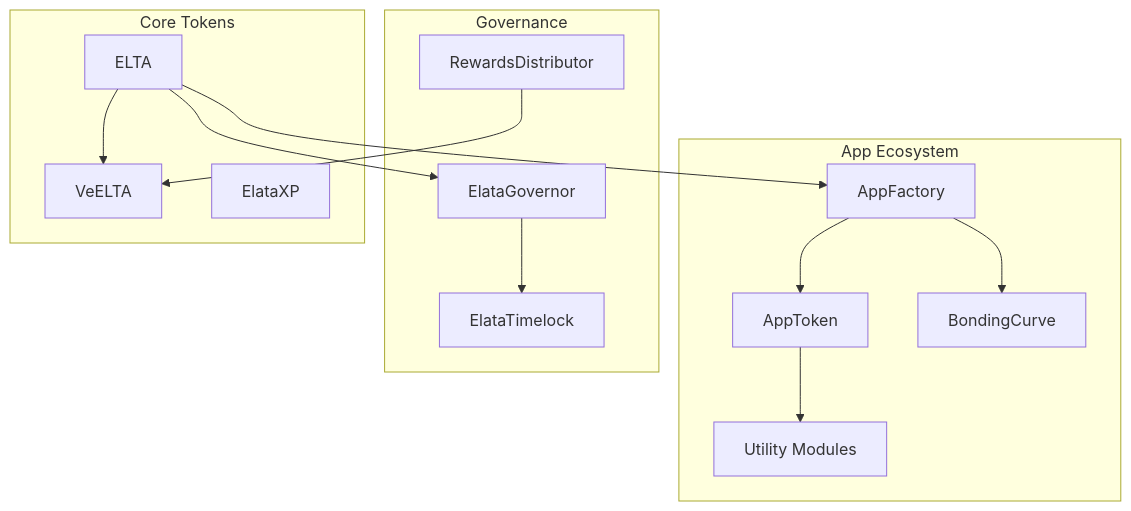
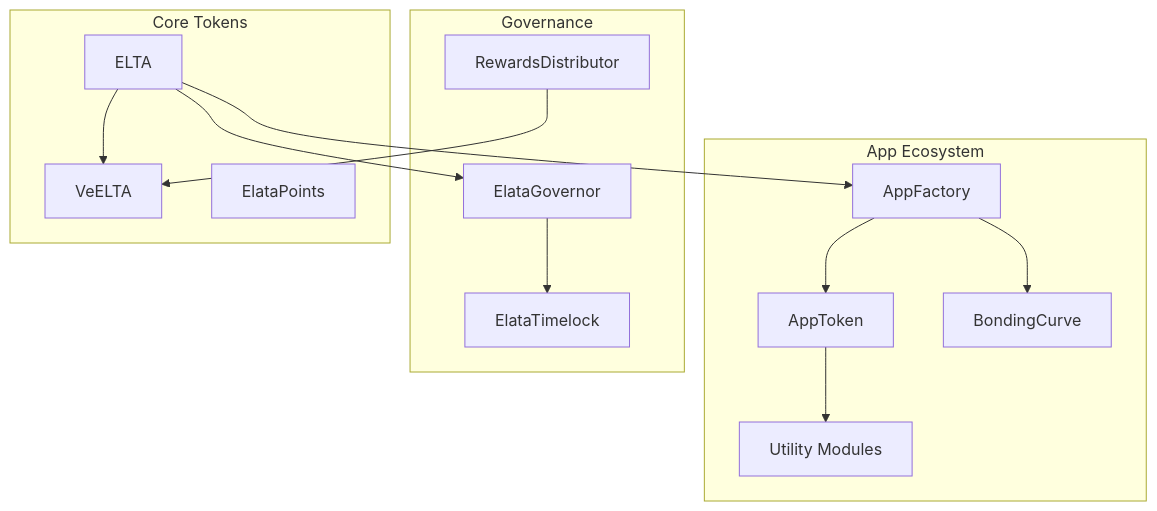
One commit to Elata-Biosciences/elata-protocol changed the first of 3 diagrams in docs/ARCHITECTURE.md. Above: the diagram before and after it, drawn with Mermaid. The commit also changed other lines of this file and 50 other files, not shown here.

First line of the commit message:
refactor: Rename ElataXP to ElataPoints and fix security tests

````diff
--- a/docs/ARCHITECTURE.md
+++ b/docs/ARCHITECTURE.md
@@ -15,32 +15,32 @@
 ```mermaid
 graph TB
     subgraph "App Ecosystem"
         AppFactory[AppFactory]
         AppToken[AppToken]
         BondingCurve[BondingCurve]
         Modules[Utility Modules]
     end
     
     subgraph "Governance"
         Governor[ElataGovernor]
         Timelock[ElataTimelock]
         Rewards[RewardsDistributor]
     end
     
     subgraph "Core Tokens"
         ELTA[ELTA]
         VeELTA[VeELTA]
-        XP[ElataXP]
+        XP[ElataPoints]
     end
     
     AppFactory --> AppToken
     AppFactory --> BondingCurve
     AppToken --> Modules
     
     Governor --> Timelock
     Rewards --> VeELTA
     
     ELTA --> VeELTA
     ELTA --> Governor
     ELTA --> AppFactory
 ```
````
